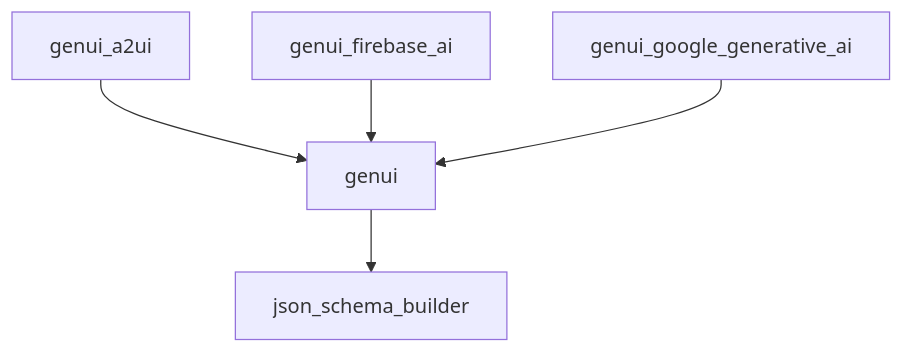
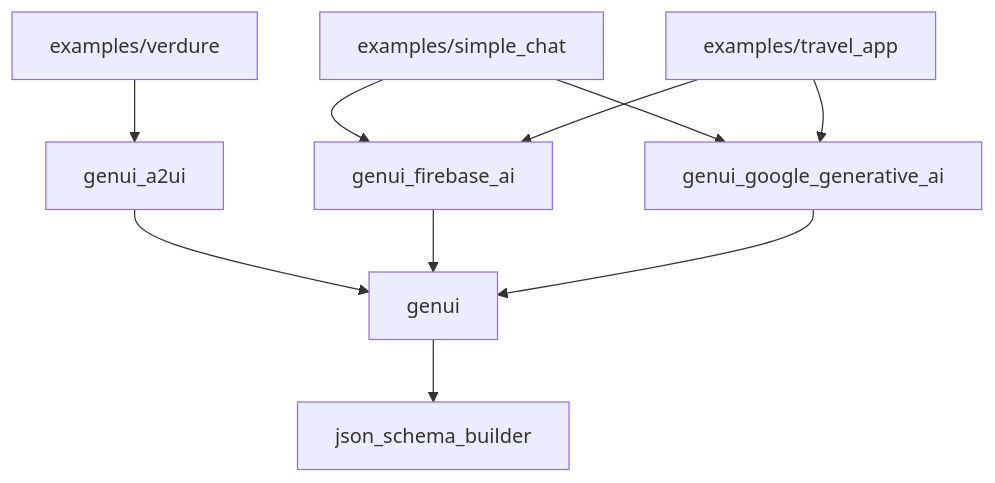
One commit to polina-c/genui changed the diagram in README.md. Above: the diagram before and after it, drawn with Mermaid. The commit also changed other lines of this file and 2 other files, not shown here.

Commit message:
Add examples to diagram and document process for pubspec.lock. (#595)

````diff
--- a/README.md
+++ b/README.md
@@ -97,7 +99,12 @@
 ```mermaid
 graph TD
+  examples/simple_chat --> genui_google_generative_ai
+  examples/simple_chat --> genui_firebase_ai
+  examples/travel_app --> genui_google_generative_ai
+  examples/travel_app --> genui_firebase_ai
+  examples/verdure --> genui_a2ui
   genui --> json_schema_builder
   genui_a2ui --> genui
   genui_firebase_ai --> genui
   genui_google_generative_ai --> genui
 ```
````
